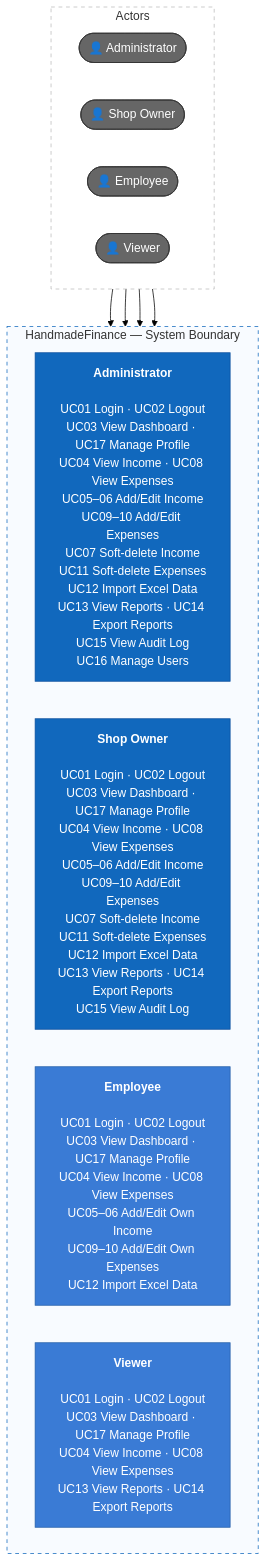
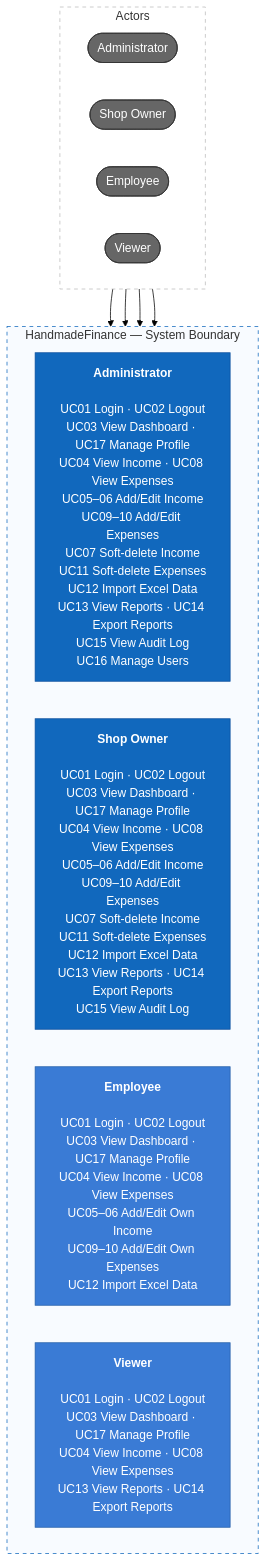
One commit to PhamHiep948/finance-manager changed the first of 10 diagrams in README.md. Above: the diagram before and after it, drawn with Mermaid (forest theme). The commit also changed other lines of this file and 42 other files, not shown here.

Commit message:
Cap nhat README kien truc, mindmap va bo badge tren bang giao dich

````diff
--- a/README.md
+++ b/README.md
@@ -36,32 +58,32 @@
 ```mermaid
 flowchart TB
     subgraph roles["Actors"]
         direction LR
-        admin(["👤 Administrator"])
-        owner(["👤 Shop Owner"])
-        employee(["👤 Employee"])
-        viewer(["👤 Viewer"])
+        admin(["Administrator"])
+        owner(["Shop Owner"])
+        employee(["Employee"])
+        viewer(["Viewer"])
     end
 
     subgraph system["HandmadeFinance — System Boundary"]
         direction LR
         adminCases["<b>Administrator</b><br/><br/>UC01 Login · UC02 Logout<br/>UC03 View Dashboard · UC17 Manage Profile<br/>UC04 View Income · UC08 View Expenses<br/>UC05–06 Add/Edit Income<br/>UC09–10 Add/Edit Expenses<br/>UC07 Soft-delete Income<br/>UC11 Soft-delete Expenses<br/>UC12 Import Excel Data<br/>UC13 View Reports · UC14 Export Reports<br/>UC15 View Audit Log<br/>UC16 Manage Users"]
         ownerCases["<b>Shop Owner</b><br/><br/>UC01 Login · UC02 Logout<br/>UC03 View Dashboard · UC17 Manage Profile<br/>UC04 View Income · UC08 View Expenses<br/>UC05–06 Add/Edit Income<br/>UC09–10 Add/Edit Expenses<br/>UC07 Soft-delete Income<br/>UC11 Soft-delete Expenses<br/>UC12 Import Excel Data<br/>UC13 View Reports · UC14 Export Reports<br/>UC15 View Audit Log"]
         employeeCases["<b>Employee</b><br/><br/>UC01 Login · UC02 Logout<br/>UC03 View Dashboard · UC17 Manage Profile<br/>UC04 View Income · UC08 View Expenses<br/>UC05–06 Add/Edit Own Income<br/>UC09–10 Add/Edit Own Expenses<br/>UC12 Import Excel Data"]
         viewerCases["<b>Viewer</b><br/><br/>UC01 Login · UC02 Logout<br/>UC03 View Dashboard · UC17 Manage Profile<br/>UC04 View Income · UC08 View Expenses<br/>UC13 View Reports · UC14 Export Reports"]
     end
 
     admin --> adminCases
     owner --> ownerCases
     employee --> employeeCases
     viewer --> viewerCases
 
     classDef actor fill:#666,color:#fff,stroke:#333
     classDef primary fill:#1168bd,color:#fff,stroke:#0b4f9e
     classDef standard fill:#3a7bd5,color:#fff,stroke:#245fa8
     class admin,owner,employee,viewer actor
     class adminCases,ownerCases primary
     class employeeCases,viewerCases standard
     style roles fill:#fff,stroke:#bbb,stroke-dasharray:5 5
     style system fill:#f8fbff,stroke:#1168bd,stroke-dasharray:5 5
 ```
````
